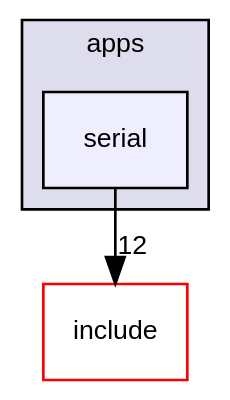
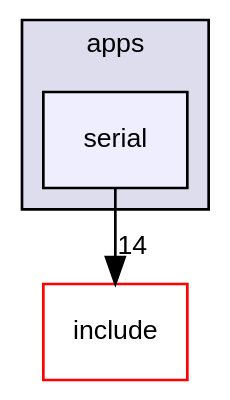
The diagram in dir_e7245891811a18a2b76d3fc59ab1e2d7_dep.dot (luca-heltai/fsi-suite), drawn with Graphviz before and after one commit. The commit also changed 807 other files, not shown here.

```diff
--- a/dir_e7245891811a18a2b76d3fc59ab1e2d7_dep.dot
+++ b/dir_e7245891811a18a2b76d3fc59ab1e2d7_dep.dot
@@ -1,12 +1,12 @@
 digraph "apps/serial" {
   bgcolor=transparent;
   compound=true
   node [ fontsize="10", fontname="Helvetica"];
   edge [ labelfontsize="10", labelfontname="Helvetica"];
   subgraph clusterdir_9654b8d08f4bba4e84b362c5fd320bee {
     graph [ bgcolor="#ddddee", pencolor="black", label="apps" fontname="Helvetica", fontsize="10", URL="dir_9654b8d08f4bba4e84b362c5fd320bee.html"]
   dir_e7245891811a18a2b76d3fc59ab1e2d7 [shape=box, label="serial", style="filled", fillcolor="#eeeeff", pencolor="black", URL="dir_e7245891811a18a2b76d3fc59ab1e2d7.html"];
   }
   dir_d44c64559bbebec7f509842c48db8b23 [shape=box label="include" color="red" URL="dir_d44c64559bbebec7f509842c48db8b23.html"];
-  dir_e7245891811a18a2b76d3fc59ab1e2d7->dir_d44c64559bbebec7f509842c48db8b23 [headlabel="12", labeldistance=1.5 headhref="dir_000012_000002.html"];
+  dir_e7245891811a18a2b76d3fc59ab1e2d7->dir_d44c64559bbebec7f509842c48db8b23 [headlabel="14", labeldistance=1.5 headhref="dir_000012_000002.html"];
 }
```
